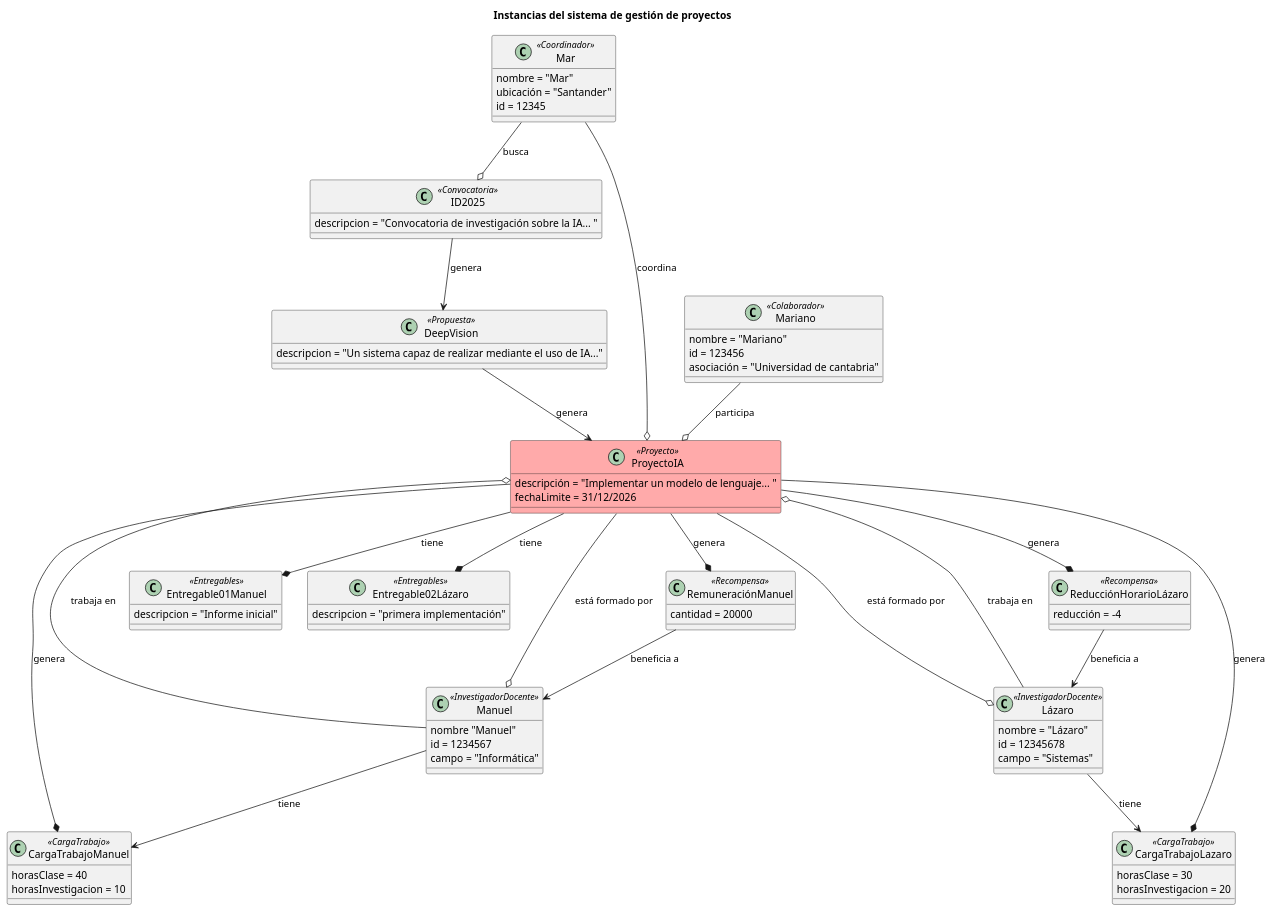
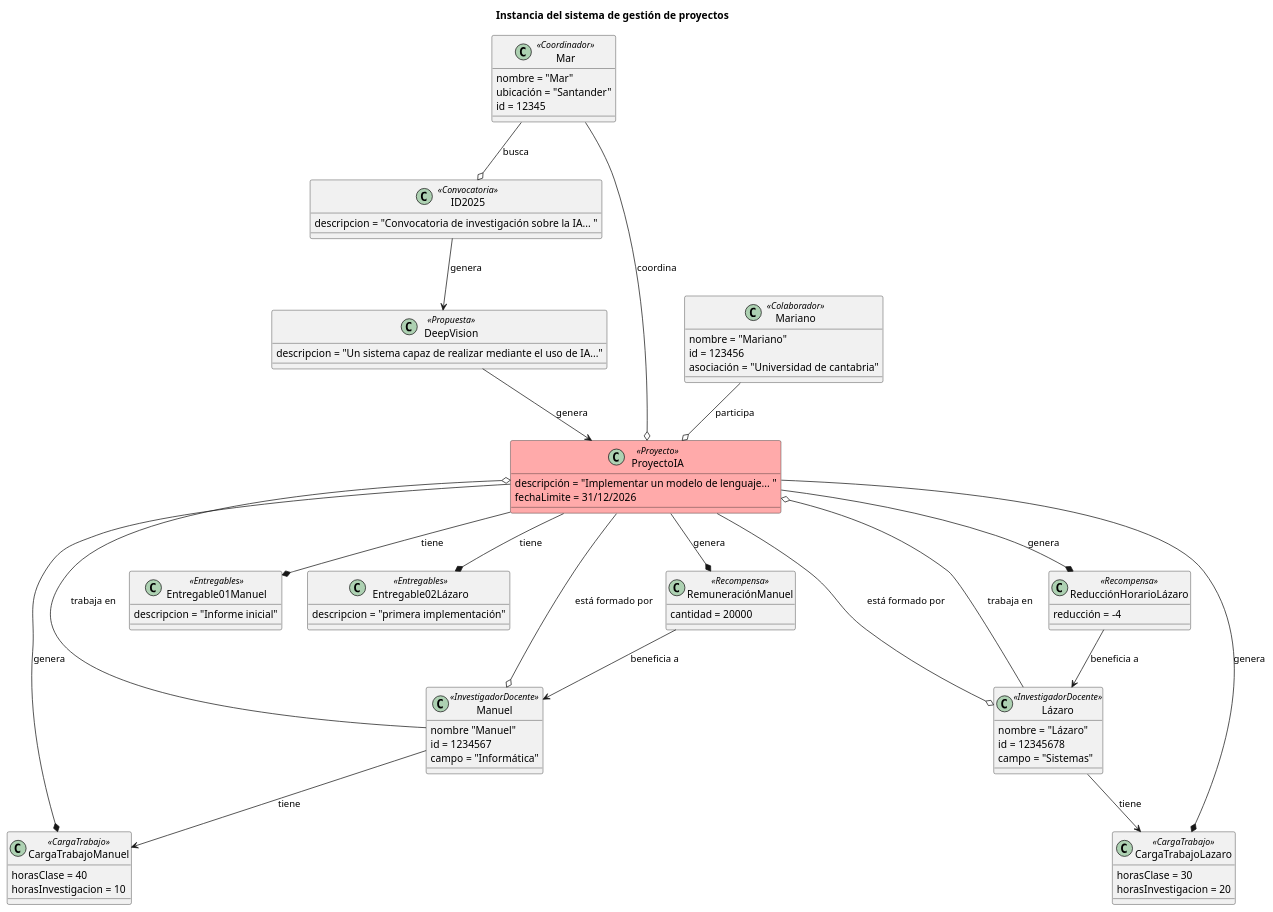
Before and after one commit to 31Diego/25-26-IdSw1-SdR: the diagram in documentación/ModeloDelDominio/Diagramas/Objetos/DiagramaObjetosProyecto.puml, drawn with PlantUML. The commit also changed 14 other files, not shown here.

Commit message:
ultimos diagramas y ajuste de md

```diff
--- a/documentación/ModeloDelDominio/Diagramas/Objetos/DiagramaObjetosProyecto.puml
+++ b/documentación/ModeloDelDominio/Diagramas/Objetos/DiagramaObjetosProyecto.puml
@@ -1,105 +1,105 @@
-@startuml DiagramaInstanciasProyecto
+@startuml 
 
-title: Instancias del sistema de gestión de proyectos 
+title: Instancia del sistema de gestión de proyectos 
 
 
 class ID2025 <<Convocatoria>> {
     descripcion = "Convocatoria de investigación sobre la IA... "
 }
 
 
 class DeepVision <<Propuesta>> {
     descripcion = "Un sistema capaz de realizar mediante el uso de IA..."
 }
 
 
 class ProyectoIA <<Proyecto>> #FFAAAA{
     descripción = "Implementar un modelo de lenguaje... "
     fechaLimite = 31/12/2026
 }
 
 
 class Manuel <<InvestigadorDocente>> {
     nombre "Manuel"
     id = 1234567
     campo = "Informática"
 }
 
 class Lázaro <<InvestigadorDocente>> {
     nombre = "Lázaro"
     id = 12345678
     campo = "Sistemas"
 }
 
 class Mar <<Coordinador>> {
     nombre = "Mar"
     ubicación = "Santander"
     id = 12345
 }
 
 class Mariano <<Colaborador>> {
     nombre = "Mariano"
     id = 123456
     asociación = "Universidad de cantabria"
 }
 
 
 class Entregable01Manuel <<Entregables>> {
     descripcion = "Informe inicial"
 }
 
 class Entregable02Lázaro <<Entregables>> {
     descripcion = "primera implementación"
 }
 
 
 class RemuneraciónManuel <<Recompensa>> {
     cantidad = 20000
 }
 
 class ReducciónHorarioLázaro <<Recompensa>>{
     reducción = -4
 }
 
 class CargaTrabajoManuel <<CargaTrabajo>>{
     horasClase = 40
     horasInvestigacion = 10
 }
 
 class CargaTrabajoLazaro <<CargaTrabajo>>{
     horasClase = 30
     horasInvestigacion = 20
 }
 
 
 ID2025 --> DeepVision : genera
 DeepVision --> ProyectoIA : genera
 
 
 ProyectoIA --o Manuel : está formado por
 ProyectoIA --o Lázaro : está formado por
 ProyectoIA --* Entregable01Manuel : tiene
 ProyectoIA --* RemuneraciónManuel: genera
 ProyectoIA --* ReducciónHorarioLázaro: genera
 ProyectoIA --* Entregable02Lázaro: tiene
 ProyectoIA --* CargaTrabajoLazaro: genera
 ProyectoIA --* CargaTrabajoManuel: genera
 
 
 Mar --o ProyectoIA : coordina
 Mar --o ID2025 : busca
 
 Mariano --o ProyectoIA : participa
 
 
 
 Manuel --o ProyectoIA : trabaja en
 Lázaro --o ProyectoIA : trabaja en
 Manuel --> CargaTrabajoManuel: tiene
 Lázaro --> CargaTrabajoLazaro: tiene
 
 
 RemuneraciónManuel --> Manuel: beneficia a
 ReducciónHorarioLázaro --> Lázaro: beneficia a
 
 @enduml
```
